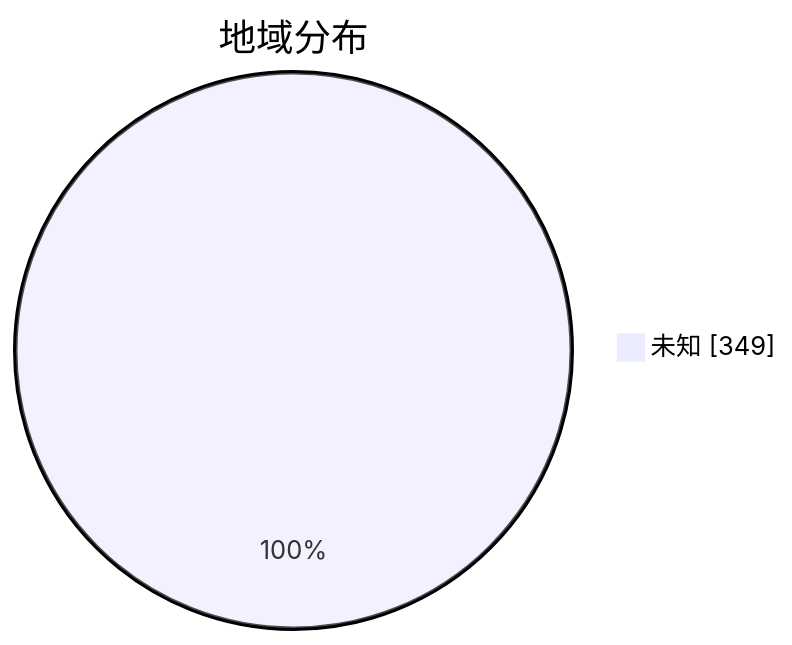
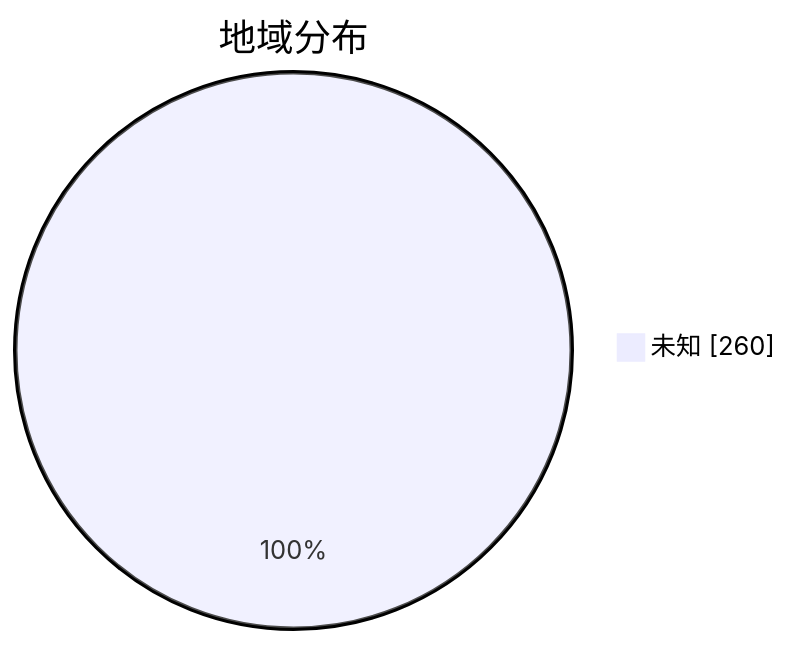
The second of 3 diagrams in subs/statistics/tested_within.md (qjlxg/airport), drawn with Mermaid before and after one commit. The commit also changed other lines of this file and 2 other files, not shown here.

````diff
--- a/subs/statistics/tested_within.md
+++ b/subs/statistics/tested_within.md
@@ -12,5 +13,5 @@
 ```mermaid
 pie showData
 title 地域分布
-"未知" : 349
+"未知" : 260
 ```
````
